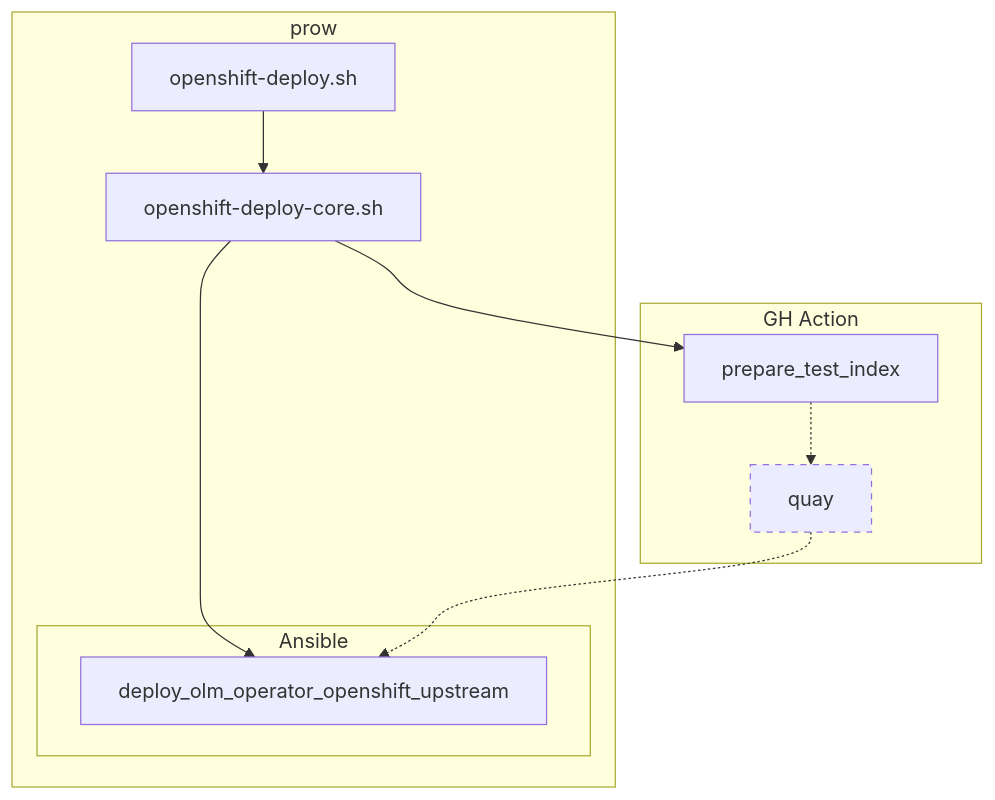
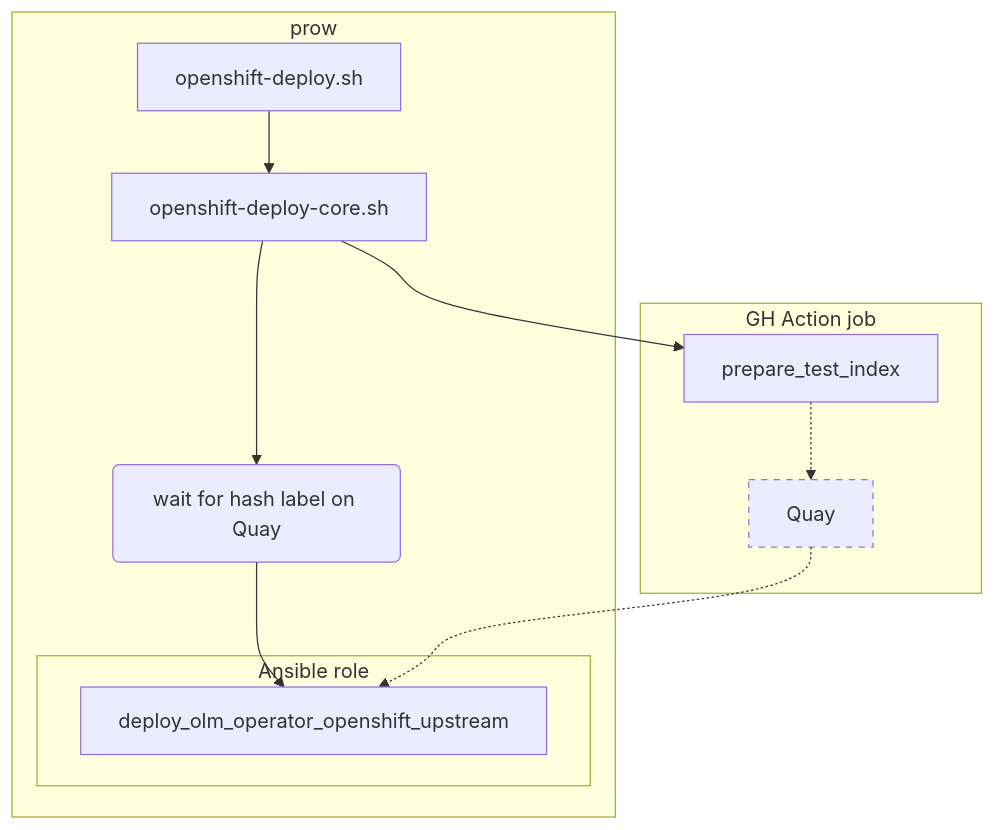
The diagram in docs/project/ocp.md (redhat-openshift-ecosystem/community-operators-pipeline), drawn with Mermaid before and after one commit. The commit also changed other lines of this file, not shown here.

````diff
--- a/docs/project/ocp.md
+++ b/docs/project/ocp.md
@@ -17,21 +18,21 @@
 ```mermaid
 graph TD
-openshift-deploy.sh --> openshift-deploy-core.sh --> deploy_olm_operator_openshift_upstream
+openshift-deploy.sh --> openshift-deploy-core.sh --> waiting("wait for hash label on Quay") --> deploy_olm_operator_openshift_upstream
 openshift-deploy-core.sh --> prepare_test_index
-prepare_test_index -.-> quay
-quay -.-> deploy_olm_operator_openshift_upstream
+prepare_test_index -.-> Quay
+Quay -.-> deploy_olm_operator_openshift_upstream
 
-style quay stroke-dasharray: 5 5
+style Quay stroke-dasharray: 5 5
 
 subgraph prow
-openshift-deploy.sh & openshift-deploy-core.sh
-subgraph Ansible
+openshift-deploy.sh & openshift-deploy-core.sh & waiting
+subgraph Ansible role
 deploy_olm_operator_openshift_upstream
 end
 end
 
-subgraph GH Action
-prepare_test_index & quay
+subgraph GH Action job
+prepare_test_index & Quay
 end
 
 ```
````
